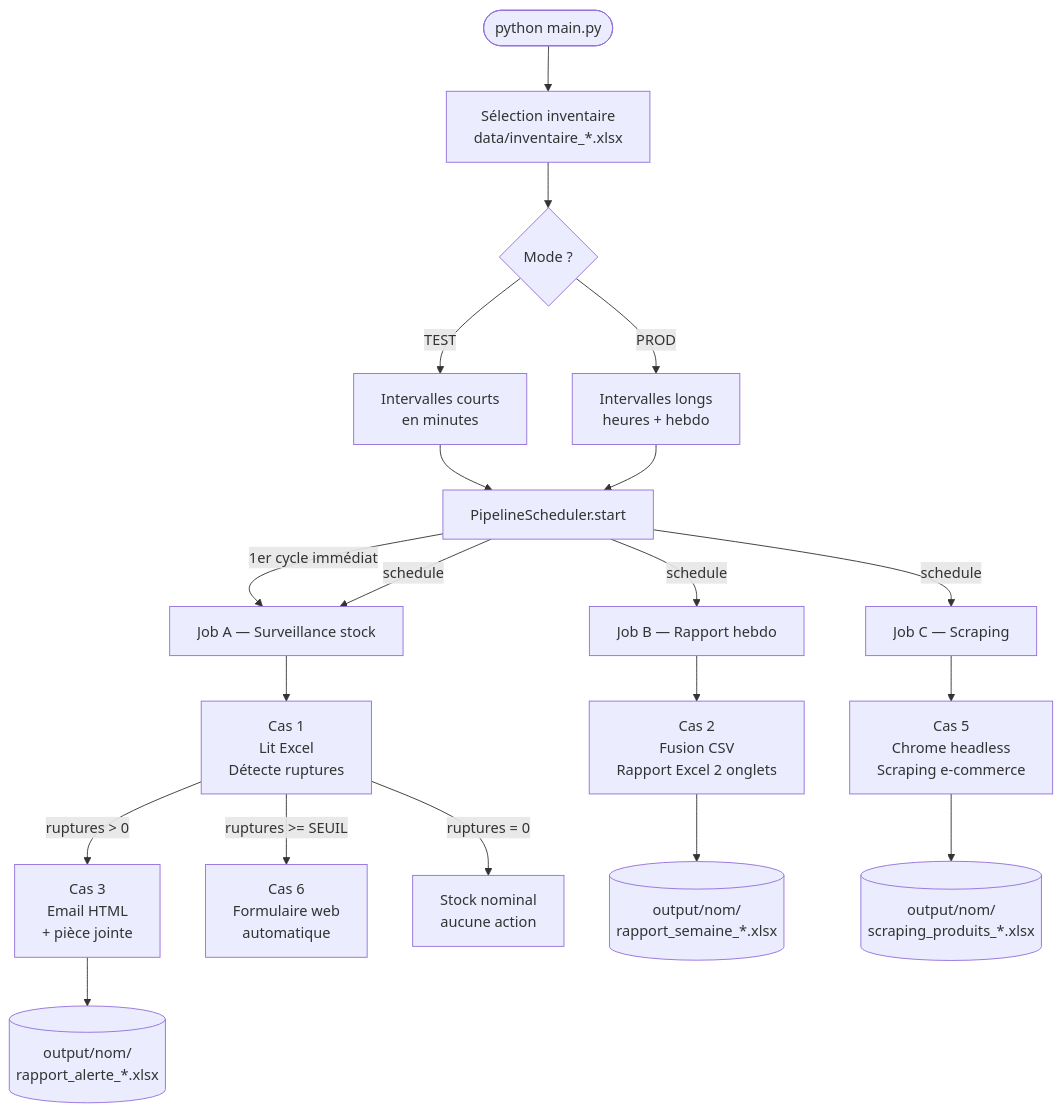
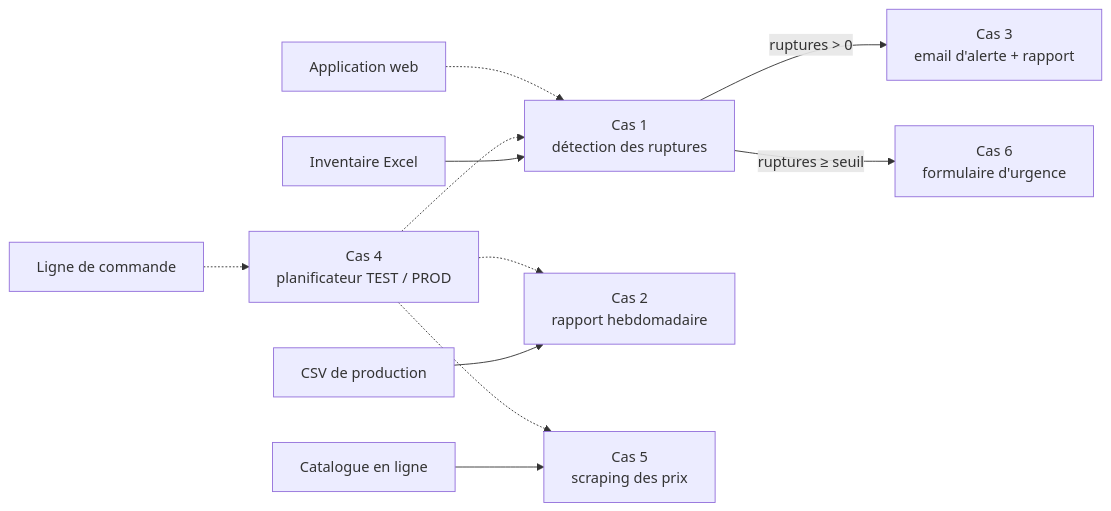
Before and after one commit to GomuGomuNo01/automatisation-de-processus: the diagram in README.md, drawn with Mermaid. The commit also changed other lines of this file and 19 other files, not shown here.

First line of the commit message:
Alerte email reçue pour de vrai depuis la démo, README refait

````diff
--- a/README.md
+++ b/README.md
@@ -107,28 +193,13 @@
 ```mermaid
-flowchart TD
-    START([python main.py]) --> SEL_INV[Sélection inventaire\ndata/inventaire_*.xlsx]
-    SEL_INV --> SEL_MODE{Mode ?}
-
-    SEL_MODE -->|TEST| T_CONF[Intervalles courts\nen minutes]
-    SEL_MODE -->|PROD| P_CONF[Intervalles longs\nheures + hebdo]
-
-    T_CONF --> SCHED[PipelineScheduler.start]
-    P_CONF --> SCHED
-
-    SCHED -->|1er cycle immédiat| JOB_A
-    SCHED -->|schedule| JOB_A[Job A — Surveillance stock]
-    SCHED -->|schedule| JOB_B[Job B — Rapport hebdo]
-    SCHED -->|schedule| JOB_C[Job C — Scraping]
-
-    JOB_A --> CAS1[Cas 1\nLit Excel\nDétecte ruptures]
-    CAS1 -->|ruptures > 0| CAS3[Cas 3\nEmail HTML\n+ pièce jointe]
-    CAS1 -->|ruptures >= SEUIL| CAS6[Cas 6\nFormulaire web\nautomatique]
-    CAS1 -->|ruptures = 0| OK[Stock nominal\naucune action]
-
-    JOB_B --> CAS2[Cas 2\nFusion CSV\nRapport Excel 2 onglets]
-    JOB_C --> CAS5[Cas 5\nChrome headless\nScraping e-commerce]
-
-    CAS3 --> OUT1[(output/nom/\nrapport_alerte_*.xlsx)]
-    CAS2 --> OUT2[(output/nom/\nrapport_semaine_*.xlsx)]
-    CAS5 --> OUT3[(output/nom/\nscraping_produits_*.xlsx)]
+flowchart LR
+    A[Inventaire Excel] --> B[Cas 1<br/>détection des ruptures]
+    B -->|ruptures > 0| C[Cas 3<br/>email d'alerte + rapport]
+    B -->|ruptures ≥ seuil| D[Cas 6<br/>formulaire d'urgence]
+    E[CSV de production] --> F[Cas 2<br/>rapport hebdomadaire]
+    G[Catalogue en ligne] --> H[Cas 5<br/>scraping des prix]
+    P[Cas 4<br/>planificateur TEST / PROD] -.-> B
+    P -.-> F
+    P -.-> H
+    I[Ligne de commande] -.-> P
+    J[Application web] -.-> B
 ```
````
